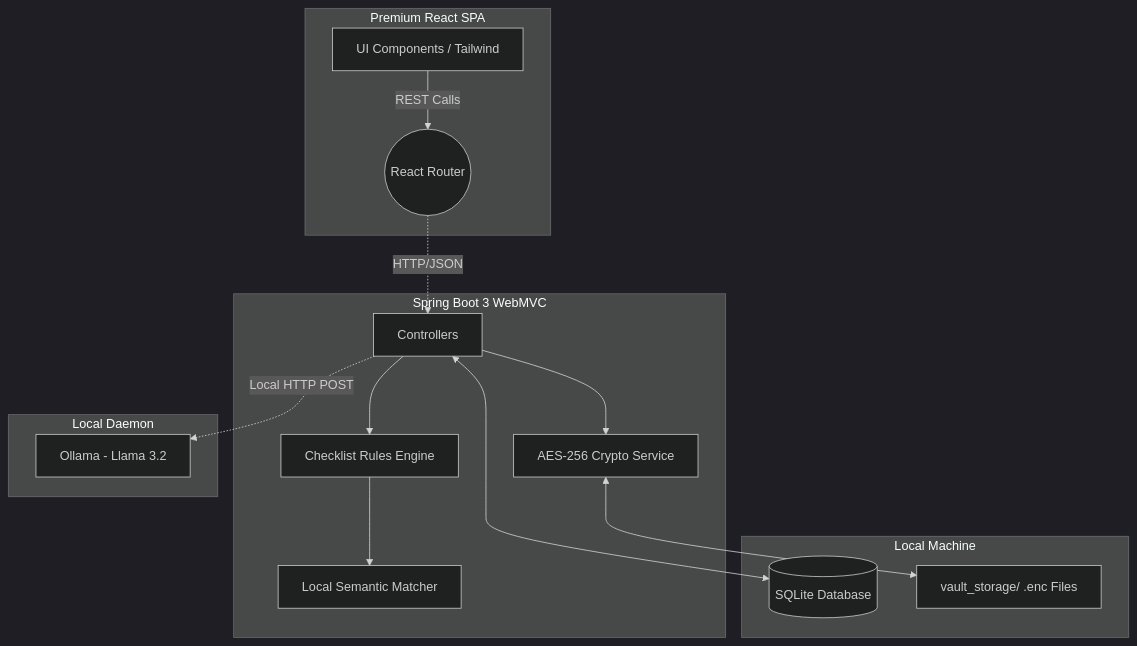
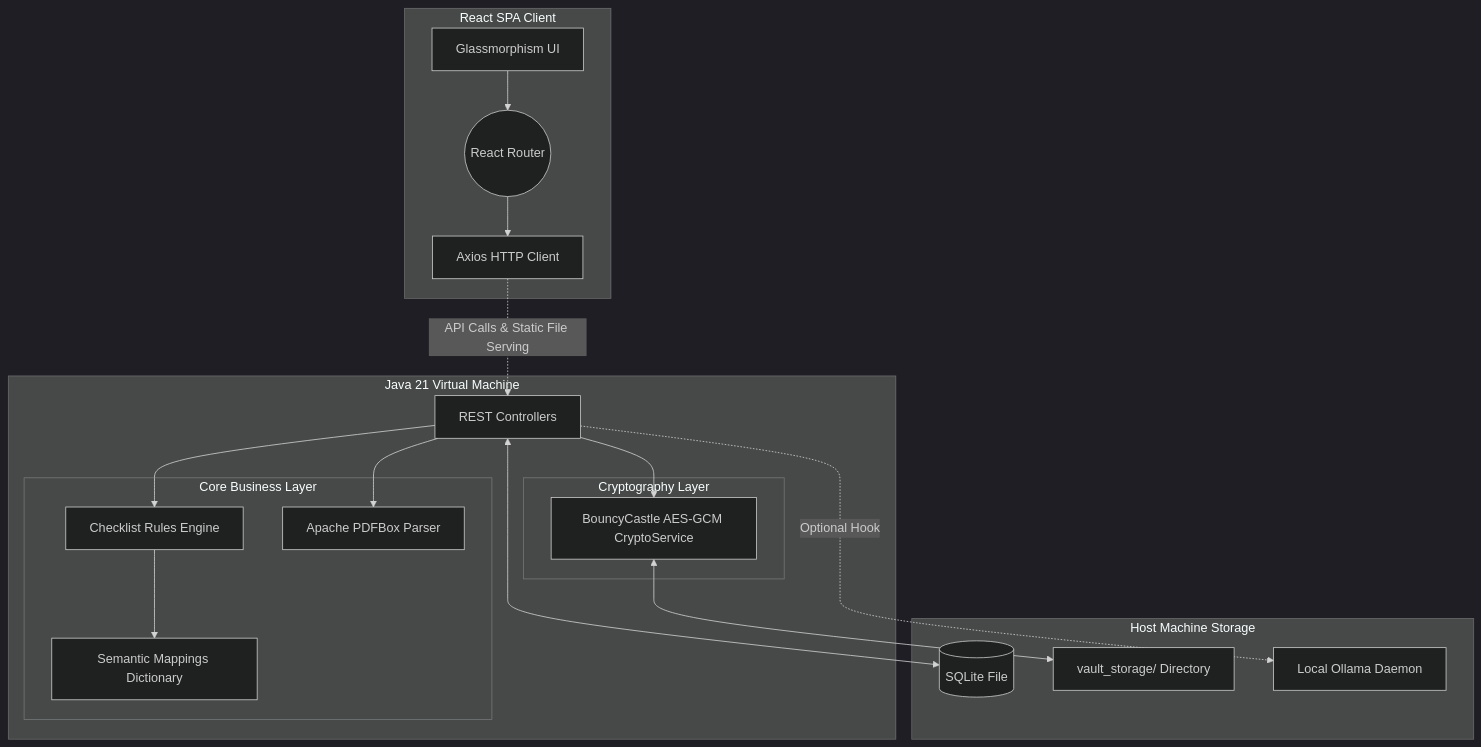
The diagram in README.md (Mohak0204/FormCopilot), drawn with Mermaid (dark theme) before and after one commit. The commit also changed other lines of this file, not shown here.

Commit message:
docs: Significantly expand README with tradeoff analysis and architectural deep-dive

````diff
--- a/README.md
+++ b/README.md
@@ -43,32 +35,38 @@
 ```mermaid
 graph TD
-    subgraph Frontend [Premium React SPA]
-        A[UI Components / Tailwind] -->|REST Calls| B((React Router))
+    subgraph Frontend [React SPA Client]
+        UI[Glassmorphism UI] --> Router((React Router))
+        Router --> Http[Axios HTTP Client]
     end
     
-    subgraph Backend [Spring Boot 3 WebMVC]
-        C[Controllers]
-        D[Checklist Rules Engine]
-        E[Local Semantic Matcher]
-        F[AES-256 Crypto Service]
+    subgraph Spring Boot Application Environment [Java 21 Virtual Machine]
+        Controller[REST Controllers]
         
-        C --> D
-        D --> E
-        C --> F
+        subgraph Core Business Layer
+            Rules[Checklist Rules Engine]
+            Semantics[Semantic Mappings Dictionary]
+            PDF[Apache PDFBox Parser]
+        end
         
-        B -.->|HTTP/JSON| C
+        subgraph Cryptography Layer
+            AES[BouncyCastle AES-GCM CryptoService]
+        end
+        
+        Controller --> Rules
+        Rules --> Semantics
+        Controller --> PDF
+        Controller --> AES
     end
     
-    subgraph Storage [Local Machine]
-        G[(SQLite Database)]
-        H[vault_storage/ .enc Files]
+    subgraph Persistence [Host Machine Storage]
+        DB[(SQLite File)]
+        FS[vault_storage/ Directory]
+        Ollama[Local Ollama Daemon]
         
-        C <--> G
-        F <--> H
+        Controller <--> DB
+        AES <--> FS
+        Controller -.->|Optional Hook| Ollama
     end
     
-    subgraph Optional AI [Local Daemon]
-        I[Ollama - Llama 3.2]
-        C -.->|Local HTTP POST| I
-    end
+    Http -.->|API Calls & Static File Serving| Controller
 ```
````
